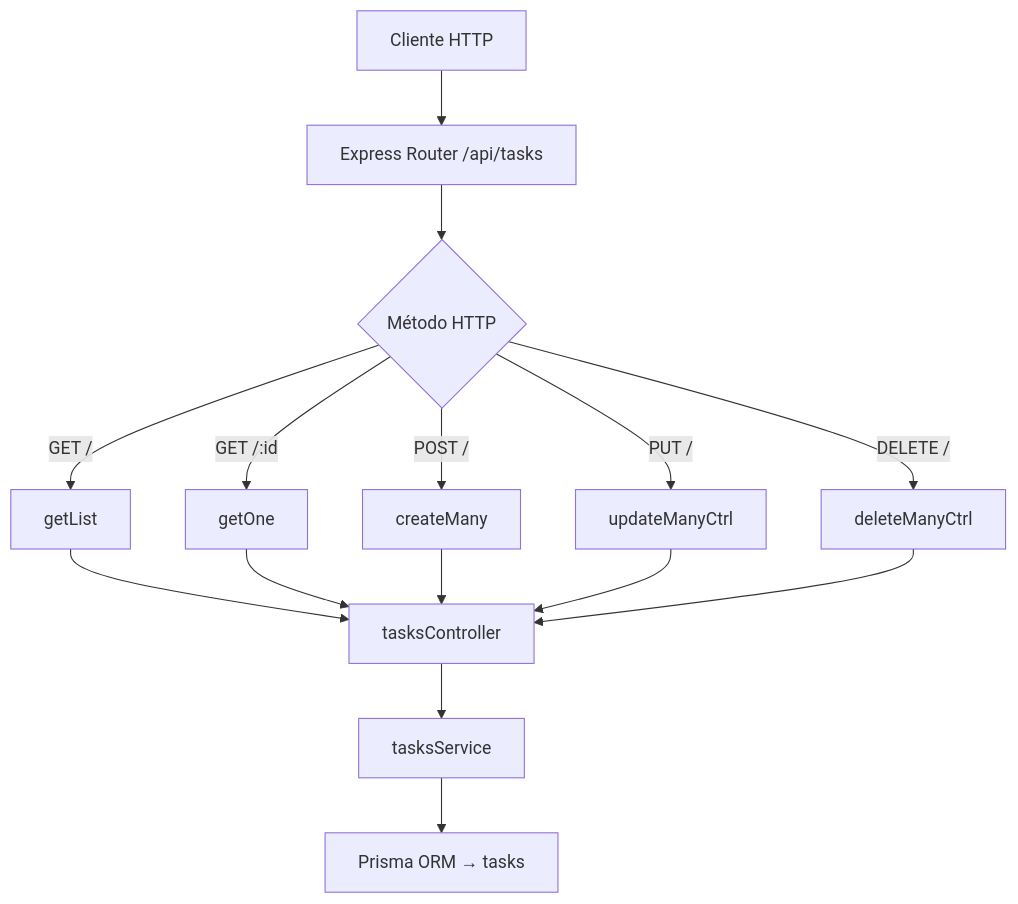
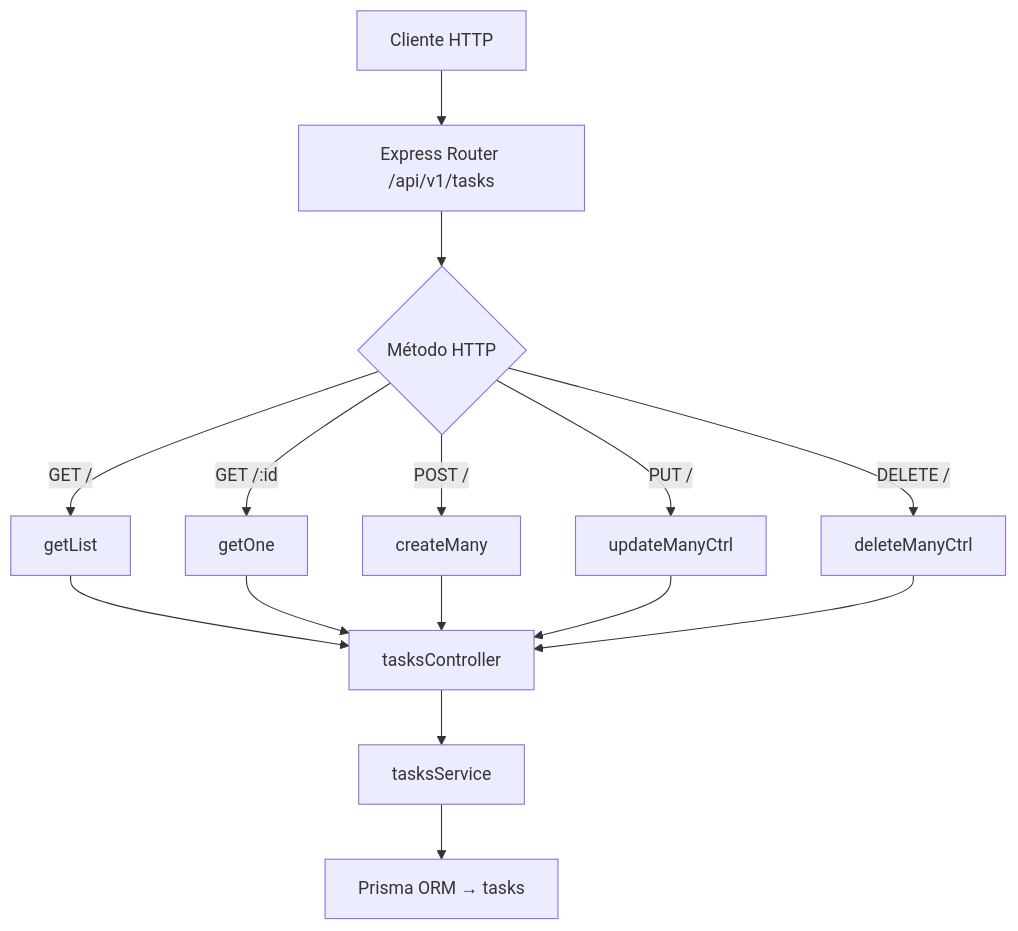
The diagram in docs/code/server/routes/tasksRoutes.md (Syntel-Labs/study-task-insights), drawn with Mermaid before and after one commit. The commit also changed other lines of this file and 29 other files, not shown here.

````diff
--- a/docs/code/server/routes/tasksRoutes.md
+++ b/docs/code/server/routes/tasksRoutes.md
@@ -52,13 +52,13 @@
 ```mermaid
 flowchart TD
-  A[Cliente HTTP] --> B[Express Router /api/tasks]
+  A[Cliente HTTP] --> B[Express Router /api/v1/tasks]
   B --> C{Método HTTP}
   C -->|GET /| D[getList]
   C -->|GET /:id| E[getOne]
   C -->|POST /| F[createMany]
   C -->|PUT /| G[updateManyCtrl]
   C -->|DELETE /| H[deleteManyCtrl]
   D & E & F & G & H --> I[tasksController]
   I --> J[tasksService]
   J --> K[Prisma ORM → tasks]
 ```
````
